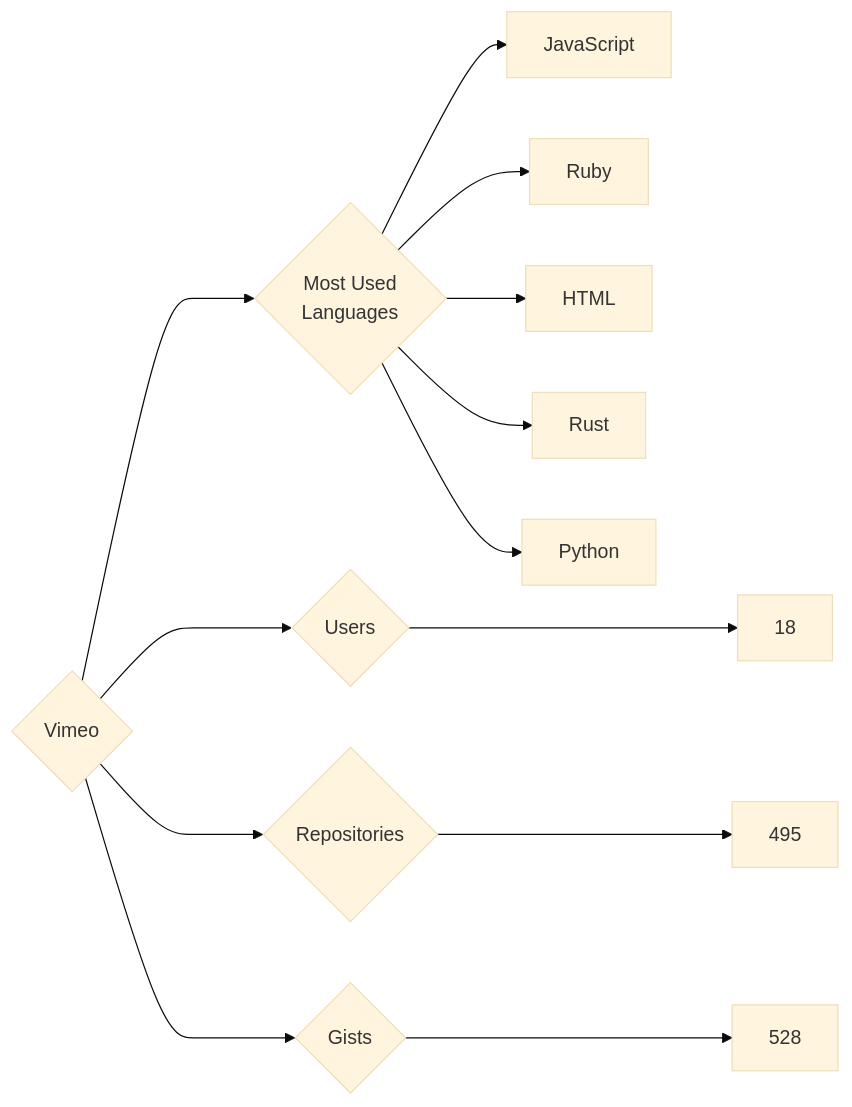
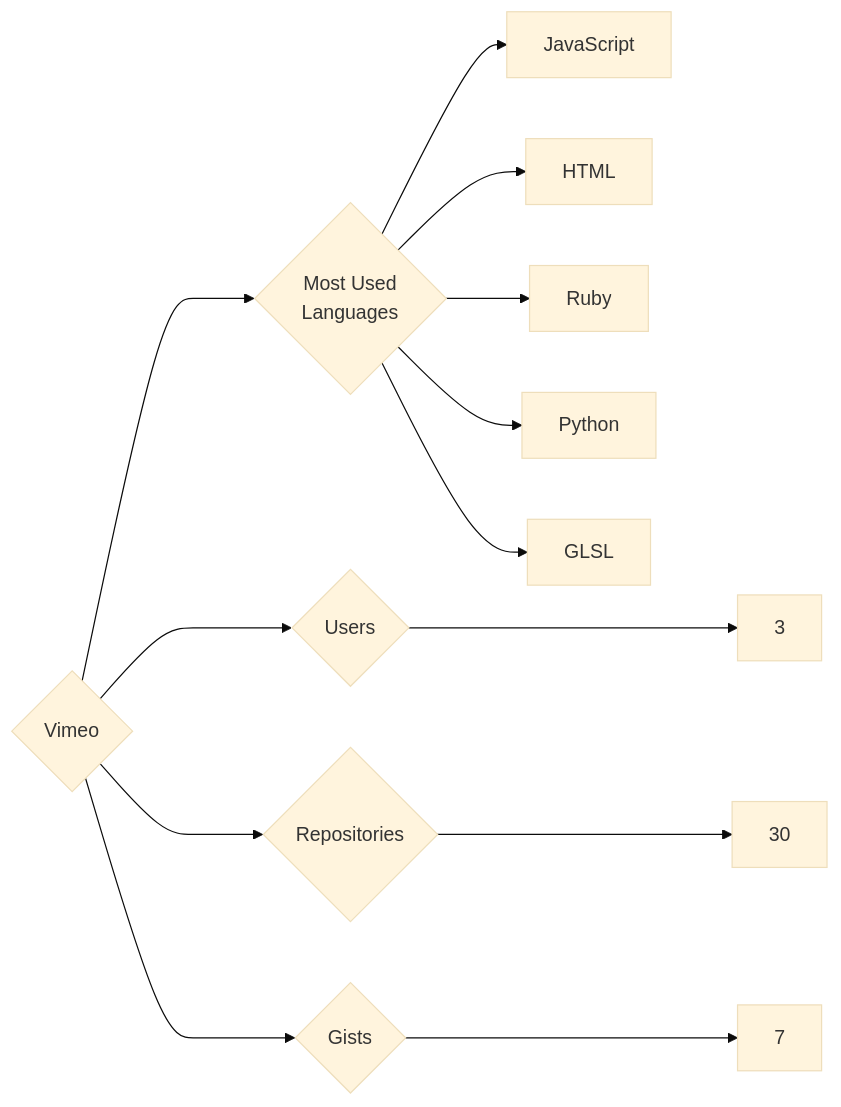
One commit to trickest/insiders changed the diagram in targets/Vimeo/README.md. Above: the diagram before and after it, drawn with Mermaid (base theme). The commit also changed 695 other files, not shown here.

````diff
--- a/targets/Vimeo/README.md
+++ b/targets/Vimeo/README.md
@@ -3,13 +3,13 @@
 ```mermaid
 graph LR
 COMPANY_NAME{Vimeo}
-COMPANY_NAME ---> U{Users} ---> UN[18]
-COMPANY_NAME ---> R{Repositories} ---> RN[495]
-COMPANY_NAME ---> G{Gists} ---> GN[528]
+COMPANY_NAME ---> U{Users} ---> UN[3]
+COMPANY_NAME ---> R{Repositories} ---> RN[30]
+COMPANY_NAME ---> G{Gists} ---> GN[7]
 COMPANY_NAME ---> ML{Most Used<br>Languages}
 ML --> JavaScript[JavaScript]
+ML --> HTML[HTML]
 ML --> Ruby[Ruby]
-ML --> HTML[HTML]
-ML --> Rust[Rust]
 ML --> Python[Python]
+ML --> GLSL[GLSL]
 ```
````
